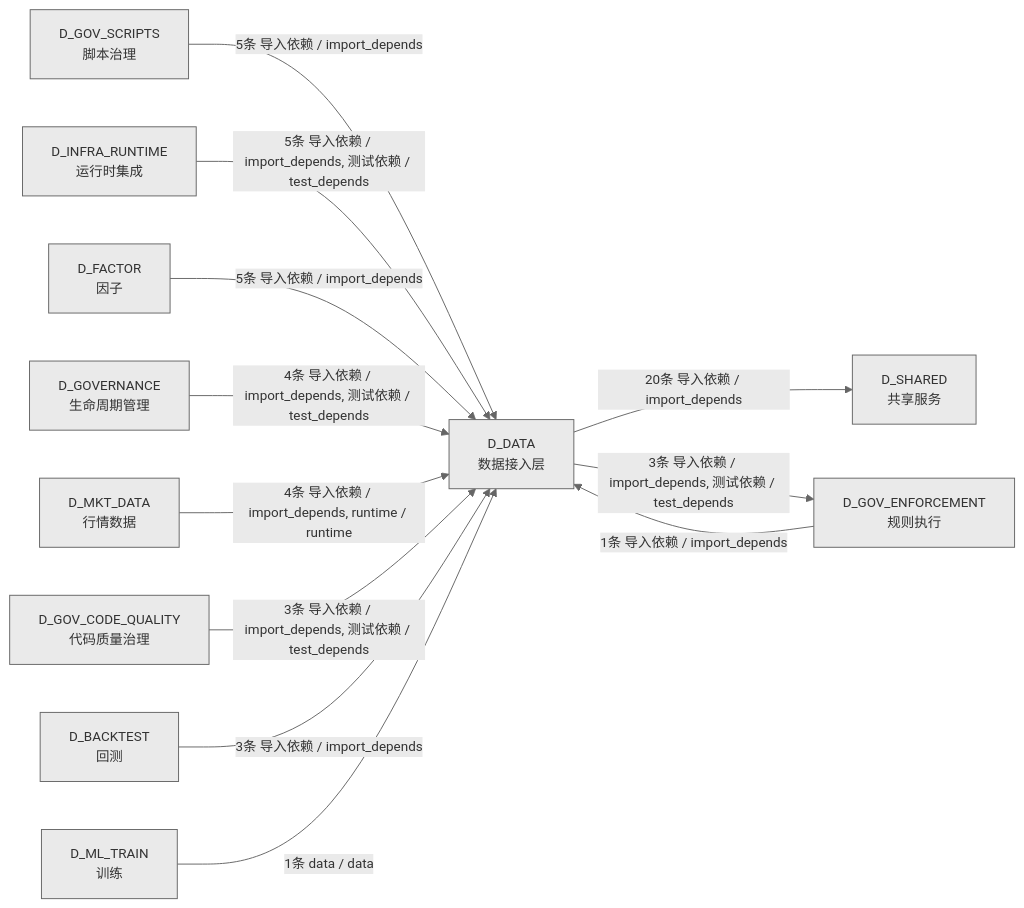
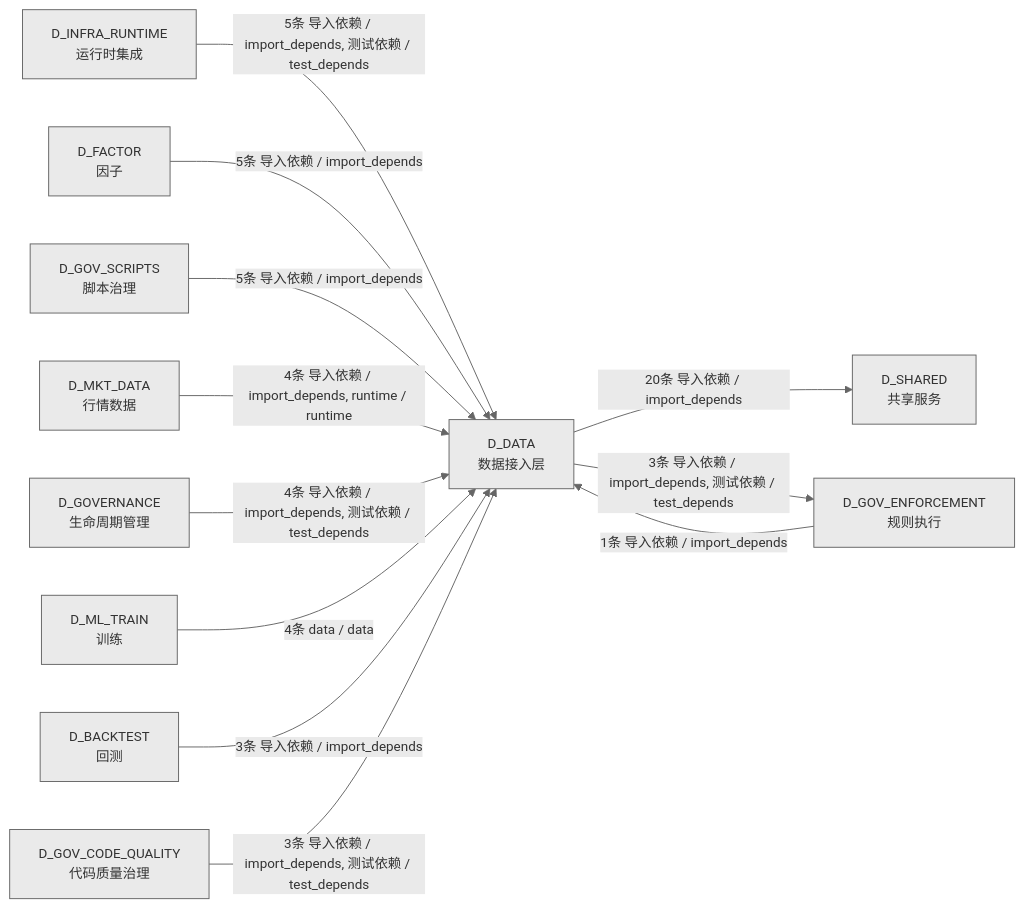
One commit to xuanFelixVan/ZephyrAlpha changed the fourth of 4 diagrams in docs/02_enterprise_architecture/02_domain_architecture_docs/11_d_data.md. Above: the diagram before and after it, drawn with Mermaid. The commit also changed other lines of this file and 4 other files, not shown here.

````diff
--- a/docs/02_enterprise_architecture/02_domain_architecture_docs/11_d_data.md
+++ b/docs/02_enterprise_architecture/02_domain_architecture_docs/11_d_data.md
@@ -1418,26 +1421,26 @@
 ```mermaid
 %%{init: {'theme': 'base', 'themeVariables': {'primaryColor': '#eaeaea', 'primaryTextColor': '#333333', 'primaryBorderColor': '#666666', 'lineColor': '#666666', 'secondaryColor': '#eaeaea', 'tertiaryColor': '#eaeaea', 'fontSize': '14px'}}}%%
 graph LR
     D_DATA["D_DATA<br/>数据接入层"]
     D_SHARED["D_SHARED<br/>共享服务"]
     D_GOV_ENFORCEMENT["D_GOV_ENFORCEMENT<br/>规则执行"]
-    D_GOV_SCRIPTS["D_GOV_SCRIPTS<br/>脚本治理"]
     D_INFRA_RUNTIME["D_INFRA_RUNTIME<br/>运行时集成"]
     D_FACTOR["D_FACTOR<br/>因子"]
+    D_GOV_SCRIPTS["D_GOV_SCRIPTS<br/>脚本治理"]
+    D_MKT_DATA["D_MKT_DATA<br/>行情数据"]
     D_GOVERNANCE["D_GOVERNANCE<br/>生命周期管理"]
-    D_MKT_DATA["D_MKT_DATA<br/>行情数据"]
+    D_ML_TRAIN["D_ML_TRAIN<br/>训练"]
+    D_BACKTEST["D_BACKTEST<br/>回测"]
     D_GOV_CODE_QUALITY["D_GOV_CODE_QUALITY<br/>代码质量治理"]
-    D_BACKTEST["D_BACKTEST<br/>回测"]
-    D_ML_TRAIN["D_ML_TRAIN<br/>训练"]
     D_DATA -->|20条 导入依赖 / import_depends| D_SHARED
     D_DATA -->|3条 导入依赖 / import_depends, 测试依赖 / test_depends| D_GOV_ENFORCEMENT
-    D_GOV_SCRIPTS -->|5条 导入依赖 / import_depends| D_DATA
     D_INFRA_RUNTIME -->|5条 导入依赖 / import_depends, 测试依赖 / test_depends| D_DATA
     D_FACTOR -->|5条 导入依赖 / import_depends| D_DATA
+    D_GOV_SCRIPTS -->|5条 导入依赖 / import_depends| D_DATA
+    D_MKT_DATA -->|4条 导入依赖 / import_depends, runtime / runtime| D_DATA
     D_GOVERNANCE -->|4条 导入依赖 / import_depends, 测试依赖 / test_depends| D_DATA
-    D_MKT_DATA -->|4条 导入依赖 / import_depends, runtime / runtime| D_DATA
+    D_ML_TRAIN -->|4条 data / data| D_DATA
+    D_BACKTEST -->|3条 导入依赖 / import_depends| D_DATA
     D_GOV_CODE_QUALITY -->|3条 导入依赖 / import_depends, 测试依赖 / test_depends| D_DATA
-    D_BACKTEST -->|3条 导入依赖 / import_depends| D_DATA
-    D_ML_TRAIN -->|1条 data / data| D_DATA
     D_GOV_ENFORCEMENT -->|1条 导入依赖 / import_depends| D_DATA
 ```
````
